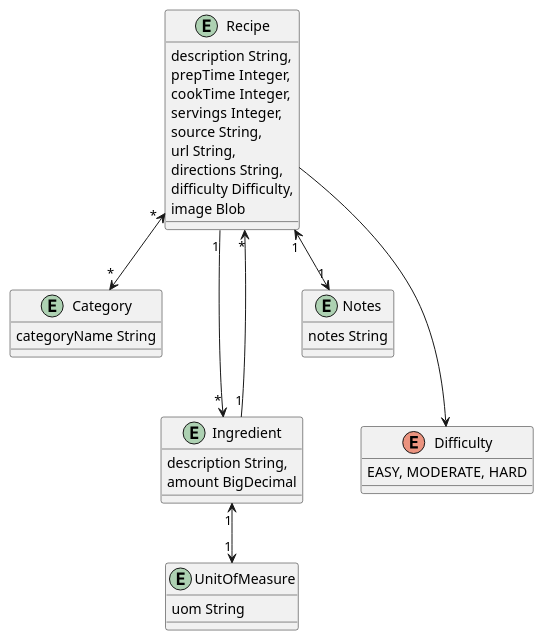
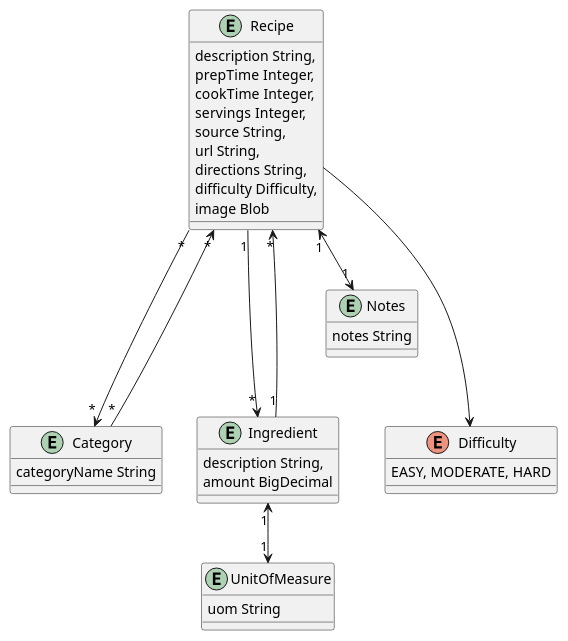
The diagram in recipe_data_model.puml (flozo/spring5-recipe-app), drawn with PlantUML before and after one commit. The commit also changed 2 other files, not shown here.

Commit message:
Add Category; create many-to-many relationship to Recipe

```diff
--- a/recipe_data_model.puml
+++ b/recipe_data_model.puml
@@ -1,43 +1,44 @@
 @startuml
 
 entity Recipe {
 	description String,
 	prepTime Integer,
     cookTime Integer,
     servings Integer,
     source String,
     url String,
     directions String,
     difficulty Difficulty,
     image Blob
 }
 
 entity Category {
 	categoryName String
 }
 
 entity Ingredient {
 	description String,
 	amount BigDecimal
 }
 
 entity UnitOfMeasure {
 	uom String
 }
 
 entity Notes {
 	notes String
 }
 
 enum Difficulty {
 	EASY, MODERATE, HARD
 }
 
 Recipe "1" <--> "1" Notes
 Recipe "1" ---> "*" Ingredient
 Recipe "*" <--- "1" Ingredient
-Recipe "*" <--> "*" Category
+Recipe "*" ---> "*" Category
+Recipe "*" <--- "*" Category
 Recipe ---> Difficulty
 Ingredient "1" <--> "1" UnitOfMeasure
 
 @enduml
```
